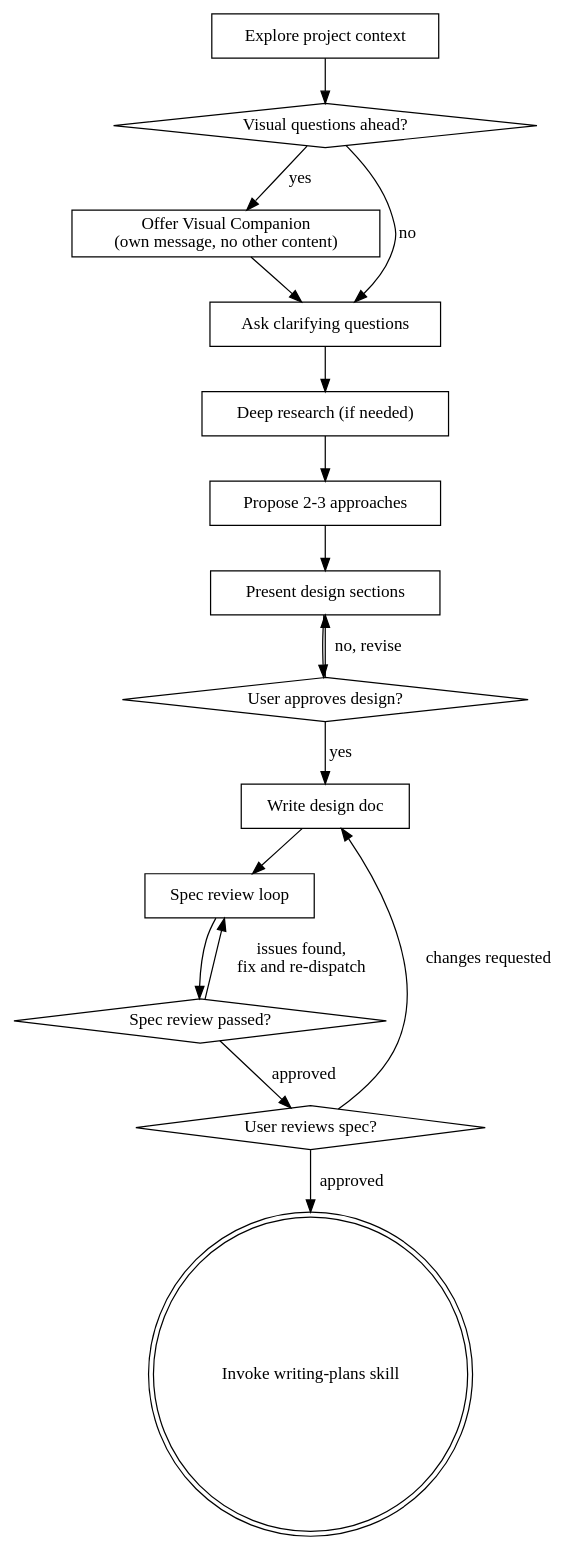
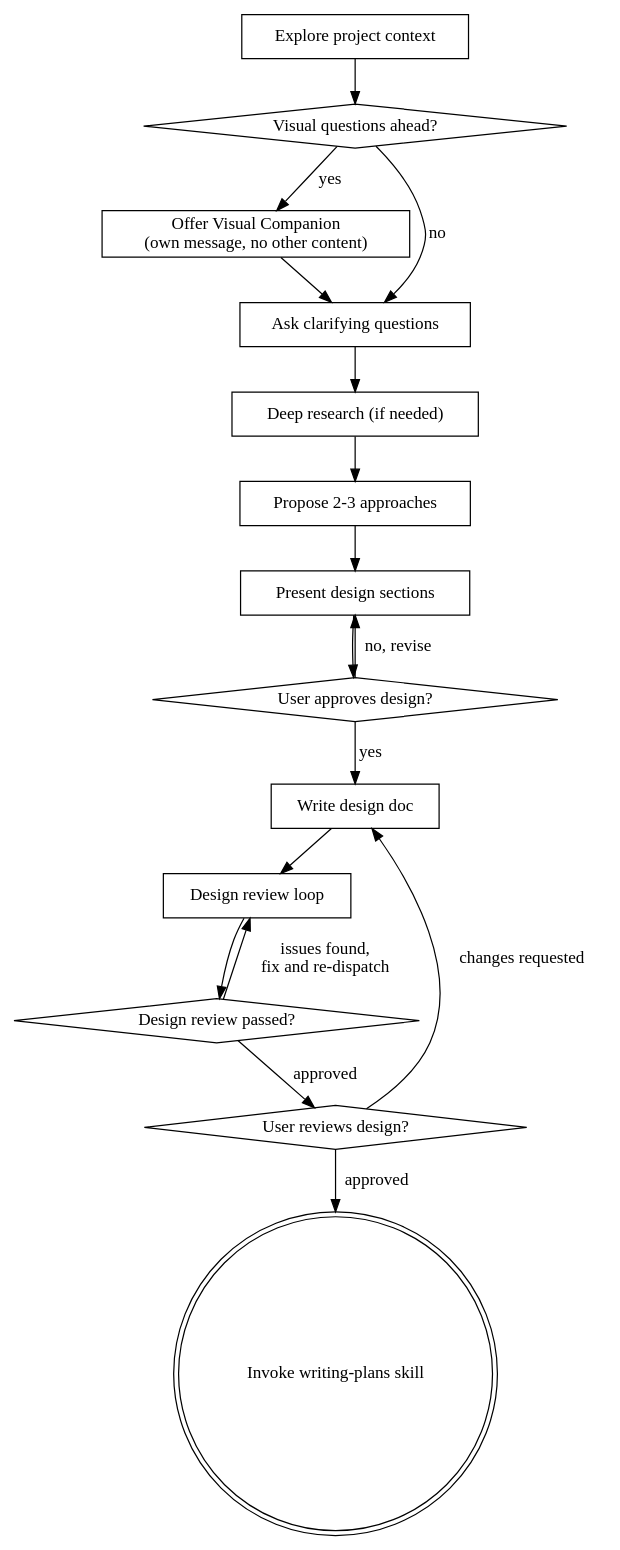
Before and after one commit to yunboom/my-superpowers: the diagram in skills/brainstorming/SKILL.md, drawn with Graphviz. The commit also changed other lines of this file and 1 other file, not shown here.

First line of the commit message:
refactor(brainstorming): align terminology — rename "spec" to "design"

````diff
--- a/skills/brainstorming/SKILL.md
+++ b/skills/brainstorming/SKILL.md
@@ -39,34 +39,34 @@
 ```dot
 digraph brainstorming {
     "Explore project context" [shape=box];
     "Visual questions ahead?" [shape=diamond];
     "Offer Visual Companion\n(own message, no other content)" [shape=box];
     "Ask clarifying questions" [shape=box];
     "Deep research (if needed)" [shape=box];
     "Propose 2-3 approaches" [shape=box];
     "Present design sections" [shape=box];
     "User approves design?" [shape=diamond];
     "Write design doc" [shape=box];
-    "Spec review loop" [shape=box];
-    "Spec review passed?" [shape=diamond];
-    "User reviews spec?" [shape=diamond];
+    "Design review loop" [shape=box];
+    "Design review passed?" [shape=diamond];
+    "User reviews design?" [shape=diamond];
     "Invoke writing-plans skill" [shape=doublecircle];
 
     "Explore project context" -> "Visual questions ahead?";
     "Visual questions ahead?" -> "Offer Visual Companion\n(own message, no other content)" [label="yes"];
     "Visual questions ahead?" -> "Ask clarifying questions" [label="no"];
     "Offer Visual Companion\n(own message, no other content)" -> "Ask clarifying questions";
     "Ask clarifying questions" -> "Deep research (if needed)";
     "Deep research (if needed)" -> "Propose 2-3 approaches";
     "Propose 2-3 approaches" -> "Present design sections";
     "Present design sections" -> "User approves design?";
     "User approves design?" -> "Present design sections" [label="no, revise"];
     "User approves design?" -> "Write design doc" [label="yes"];
-    "Write design doc" -> "Spec review loop";
-    "Spec review loop" -> "Spec review passed?";
-    "Spec review passed?" -> "Spec review loop" [label="issues found,\nfix and re-dispatch"];
-    "Spec review passed?" -> "User reviews spec?" [label="approved"];
-    "User reviews spec?" -> "Write design doc" [label="changes requested"];
-    "User reviews spec?" -> "Invoke writing-plans skill" [label="approved"];
+    "Write design doc" -> "Design review loop";
+    "Design review loop" -> "Design review passed?";
+    "Design review passed?" -> "Design review loop" [label="issues found,\nfix and re-dispatch"];
+    "Design review passed?" -> "User reviews design?" [label="approved"];
+    "User reviews design?" -> "Write design doc" [label="changes requested"];
+    "User reviews design?" -> "Invoke writing-plans skill" [label="approved"];
 }
 ```
````
